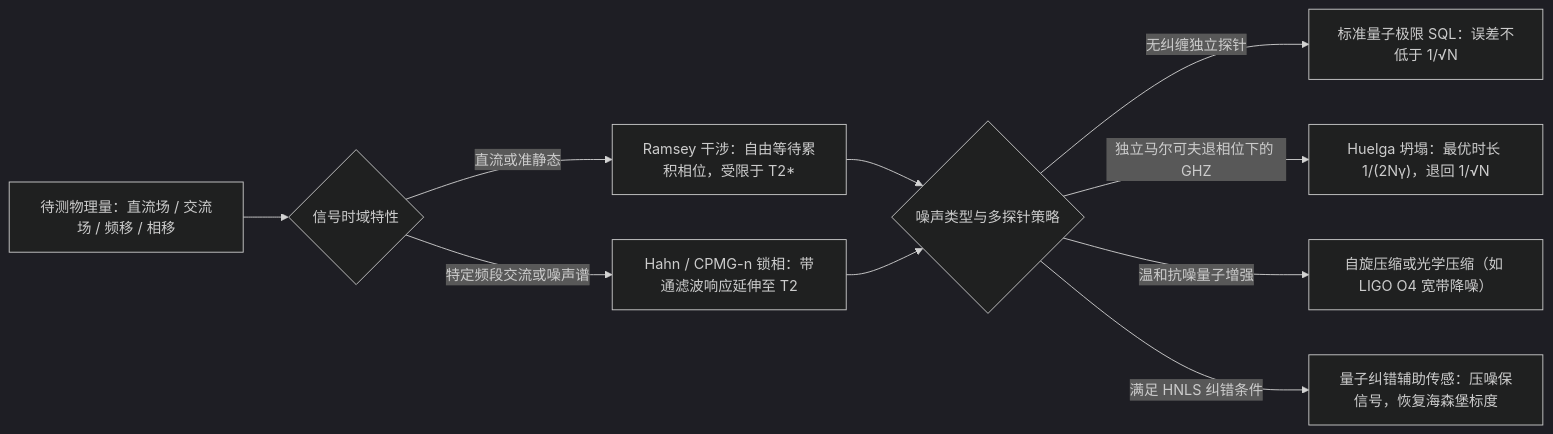
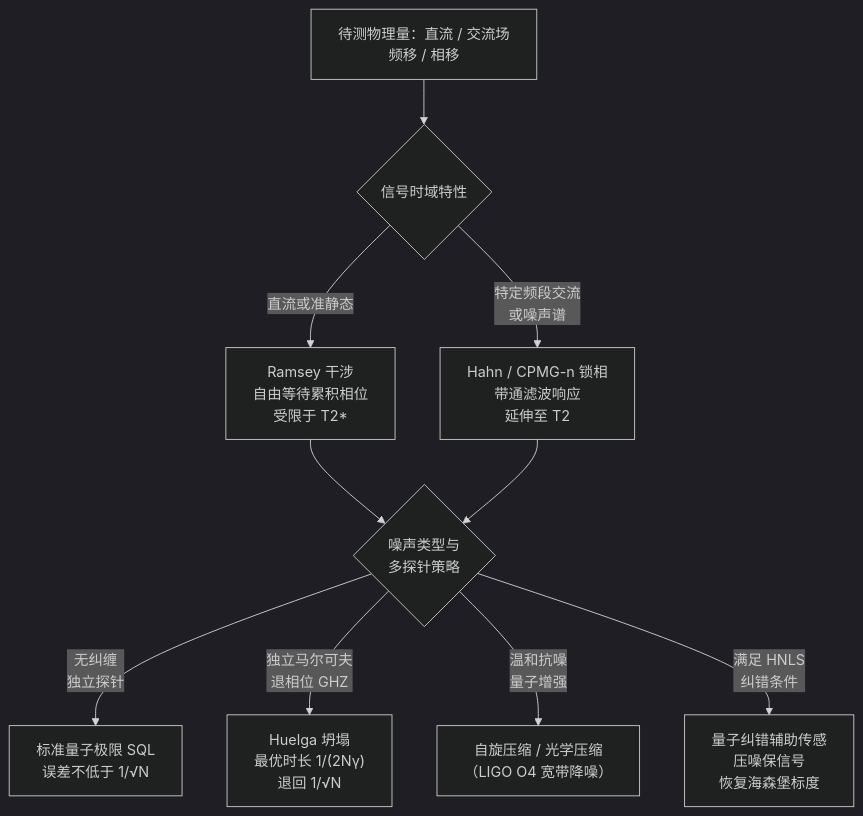
Before and after one commit to nanless/quantum-computing-handbook: the diagram in handbook/20-quantum-sensing-metrology.md, drawn with Mermaid (dark theme). The commit also changed other lines of this file and 871 other files, not shown here.

````diff
--- a/handbook/20-quantum-sensing-metrology.md
+++ b/handbook/20-quantum-sensing-metrology.md
@@ -1197,12 +1309,12 @@
 ```mermaid
-flowchart LR
-  S0["待测物理量：直流场 / 交流场 / 频移 / 相移"] --> S1{"信号时域特性"}
-  S1 -->|"直流或准静态"| DC["Ramsey 干涉：自由等待累积相位，受限于 T2*"]
-  S1 -->|"特定频段交流或噪声谱"| AC["Hahn / CPMG-n 锁相：带通滤波响应延伸至 T2"]
-  DC --> S2{"噪声类型与多探针策略"}
+flowchart TB
+  S0["待测物理量：直流 / 交流场<br/>频移 / 相移"] --> S1{"信号时域特性"}
+  S1 -->|"直流或准静态"| DC["Ramsey 干涉<br/>自由等待累积相位<br/>受限于 T2*"]
+  S1 -->|"特定频段交流<br/>或噪声谱"| AC["Hahn / CPMG-n 锁相<br/>带通滤波响应<br/>延伸至 T2"]
+  DC --> S2{"噪声类型与<br/>多探针策略"}
   AC --> S2
-  S2 -->|"无纠缠独立探针"| SQL["标准量子极限 SQL：误差不低于 1/√N"]
-  S2 -->|"独立马尔可夫退相位下的 GHZ"| COLLAPSE["Huelga 坍塌：最优时长 1/(2Nγ)，退回 1/√N"]
-  S2 -->|"温和抗噪量子增强"| SQ["自旋压缩或光学压缩（如 LIGO O4 宽带降噪）"]
-  S2 -->|"满足 HNLS 纠错条件"| QEC["量子纠错辅助传感：压噪保信号，恢复海森堡标度"]
+  S2 -->|"无纠缠<br/>独立探针"| SQL["标准量子极限 SQL<br/>误差不低于 1/√N"]
+  S2 -->|"独立马尔可夫<br/>退相位 GHZ"| COLLAPSE["Huelga 坍塌<br/>最优时长 1/(2Nγ)<br/>退回 1/√N"]
+  S2 -->|"温和抗噪<br/>量子增强"| SQ["自旋压缩 / 光学压缩<br/>（LIGO O4 宽带降噪）"]
+  S2 -->|"满足 HNLS<br/>纠错条件"| QEC["量子纠错辅助传感<br/>压噪保信号<br/>恢复海森堡标度"]
 ```
````
